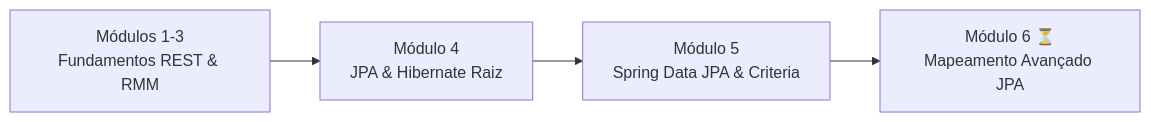
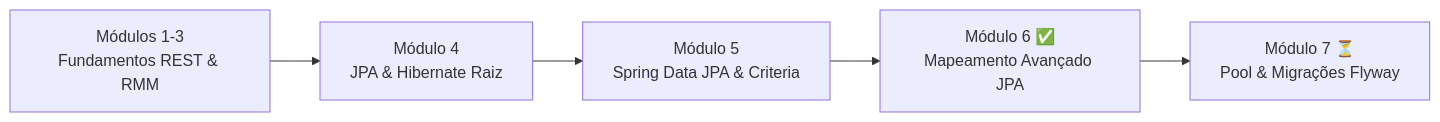
One commit to joabdevelop/algafood-api changed the diagram in README.md. Above: the diagram before and after it, drawn with Mermaid. The commit also changed other lines of this file and 9 other files, not shown here.

Commit message:
feat: conclui modulo 6 - mapeamento de entidades avancado com JPA e Hibernate

````diff
--- a/README.md
+++ b/README.md
@@ -26,6 +26,7 @@
 ```mermaid
 graph LR
     M13["Módulos 1-3<br/>Fundamentos REST & RMM"] --> M4["Módulo 4<br/>JPA & Hibernate Raiz"]
     M4 --> M5["Módulo 5<br/>Spring Data JPA & Criteria"]
-    M5 --> M6["Módulo 6 ⏳<br/>Mapeamento Avançado JPA"]
+    M5 --> M6["Módulo 6 ✅<br/>Mapeamento Avançado JPA"]
+    M6 --> M7["Módulo 7 ⏳<br/>Pool & Migrações Flyway"]
 ```
````
